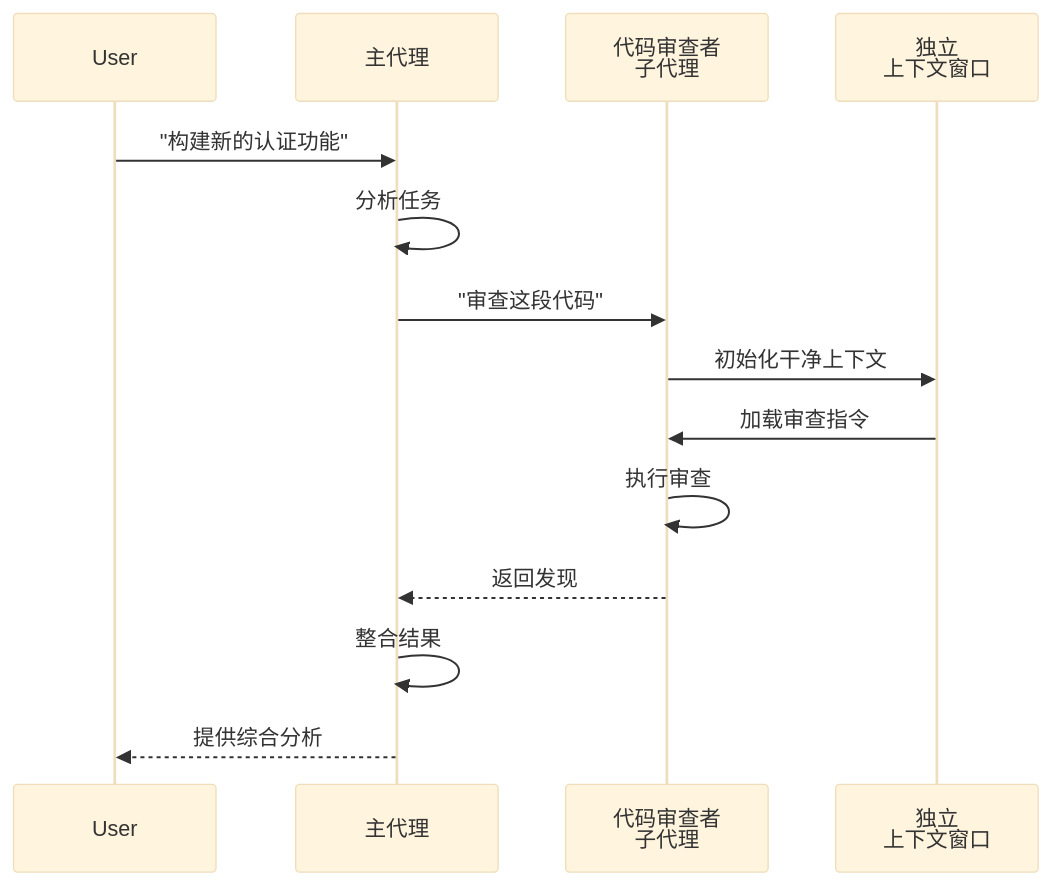
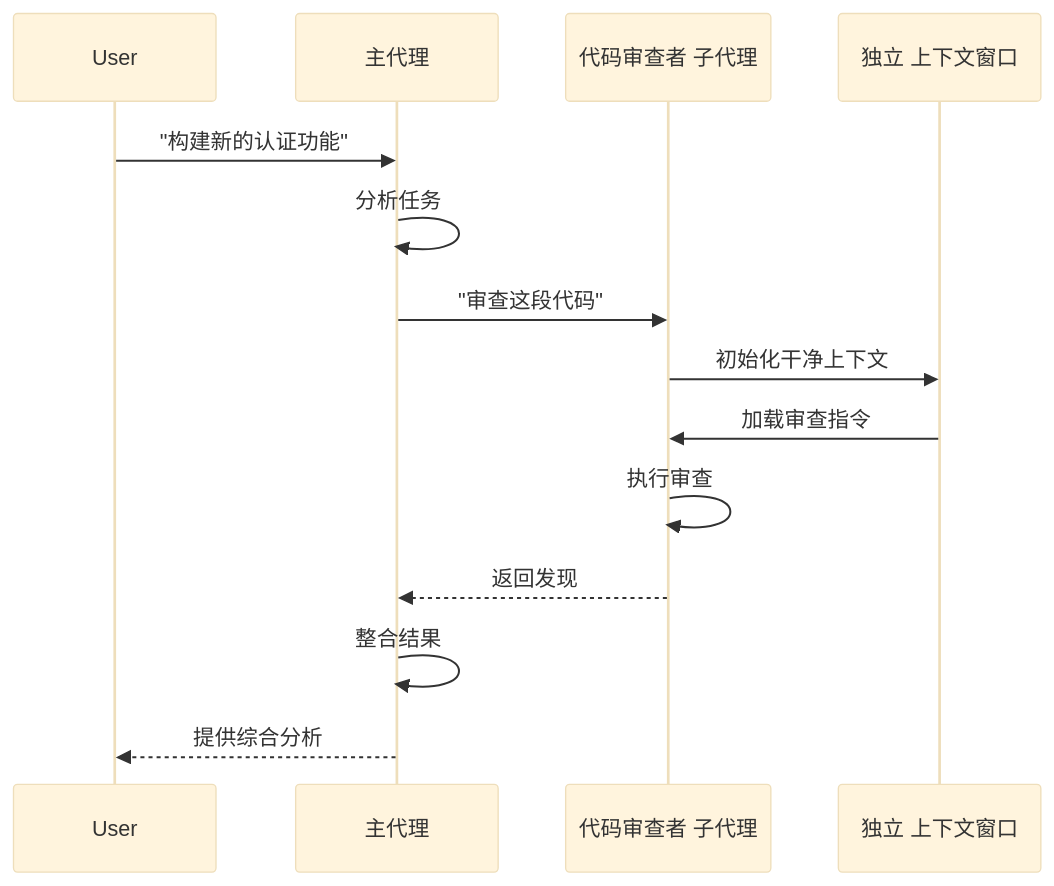
The fifth of 31 diagrams in claude-howto-zh/claude_concepts_guide.md (Rx782-Fss/claude-howto-zh), drawn with Mermaid (base theme) before and after one commit. The commit also changed other lines of this file and 8 other files, not shown here.

First line of the commit message:
fix: 清除所有 Mermaid 内的 GitHub 不兼容内容

````diff
--- a/claude-howto-zh/claude_concepts_guide.md
+++ b/claude-howto-zh/claude_concepts_guide.md
@@ -242,17 +242,17 @@
 ```mermaid
 sequenceDiagram
     participant User
     participant MainAgent as 主代理
-    participant CodeReviewer as 代码审查者<br/>子代理
-    participant Context as 独立<br/>上下文窗口
+    participant CodeReviewer as 代码审查者 子代理
+    participant Context as 独立 上下文窗口
 
     User->>MainAgent: "构建新的认证功能"
     MainAgent->>MainAgent: 分析任务
     MainAgent->>CodeReviewer: "审查这段代码"
     CodeReviewer->>Context: 初始化干净上下文
     Context->>CodeReviewer: 加载审查指令
     CodeReviewer->>CodeReviewer: 执行审查
     CodeReviewer-->>MainAgent: 返回发现
     MainAgent->>MainAgent: 整合结果
     MainAgent-->>User: 提供综合分析
 ```
````
